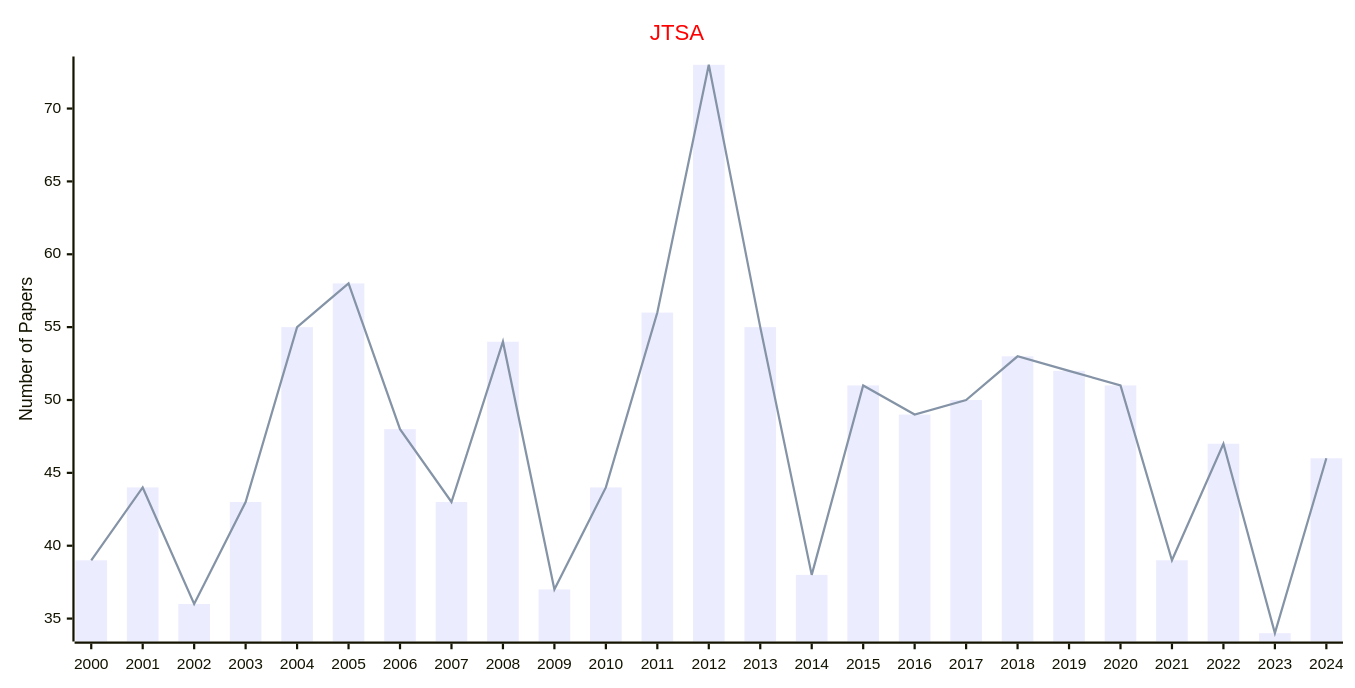
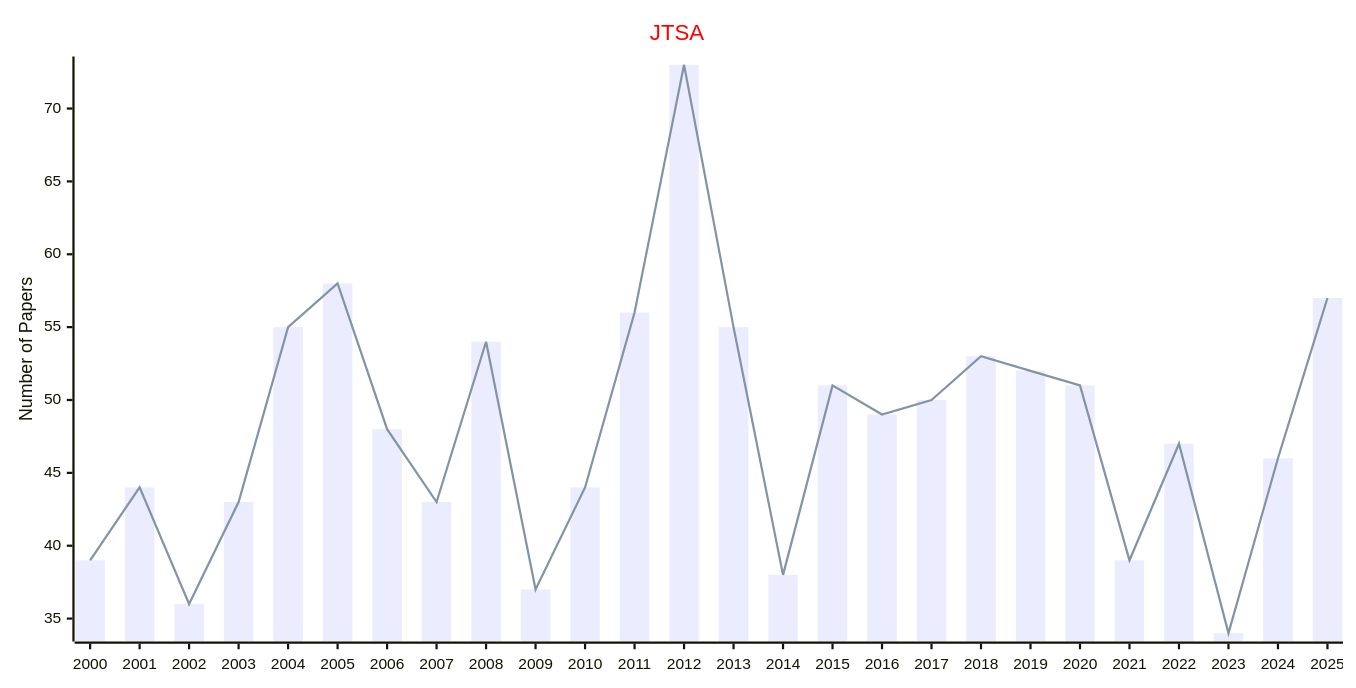
Before and after one commit to Easy-PhD/AILinks: the diagram in docs/data/Journals/Statistics_Journals/Time_Series.md, drawn with Mermaid. The commit also changed 107 other files, not shown here.

````diff
--- a/docs/data/Journals/Statistics_Journals/Time_Series.md
+++ b/docs/data/Journals/Statistics_Journals/Time_Series.md
@@ -9,17 +9,17 @@
 ```mermaid
 ---
 config:
     xyChart:
         width: 1200
         height: 600
     themeVariables:
         xyChart:
             titleColor: "#ff0000"
 ---
 xychart-beta
     title "JTSA"
-    x-axis [2000, 2001, 2002, 2003, 2004, 2005, 2006, 2007, 2008, 2009, 2010, 2011, 2012, 2013, 2014, 2015, 2016, 2017, 2018, 2019, 2020, 2021, 2022, 2023, 2024]
+    x-axis [2000, 2001, 2002, 2003, 2004, 2005, 2006, 2007, 2008, 2009, 2010, 2011, 2012, 2013, 2014, 2015, 2016, 2017, 2018, 2019, 2020, 2021, 2022, 2023, 2024, 2025]
     y-axis "Number of Papers"
-    bar [39, 44, 36, 43, 55, 58, 48, 43, 54, 37, 44, 56, 73, 55, 38, 51, 49, 50, 53, 52, 51, 39, 47, 34, 46]
-    line [39, 44, 36, 43, 55, 58, 48, 43, 54, 37, 44, 56, 73, 55, 38, 51, 49, 50, 53, 52, 51, 39, 47, 34, 46]
+    bar [39, 44, 36, 43, 55, 58, 48, 43, 54, 37, 44, 56, 73, 55, 38, 51, 49, 50, 53, 52, 51, 39, 47, 34, 46, 57]
+    line [39, 44, 36, 43, 55, 58, 48, 43, 54, 37, 44, 56, 73, 55, 38, 51, 49, 50, 53, 52, 51, 39, 47, 34, 46, 57]
 ```
````
